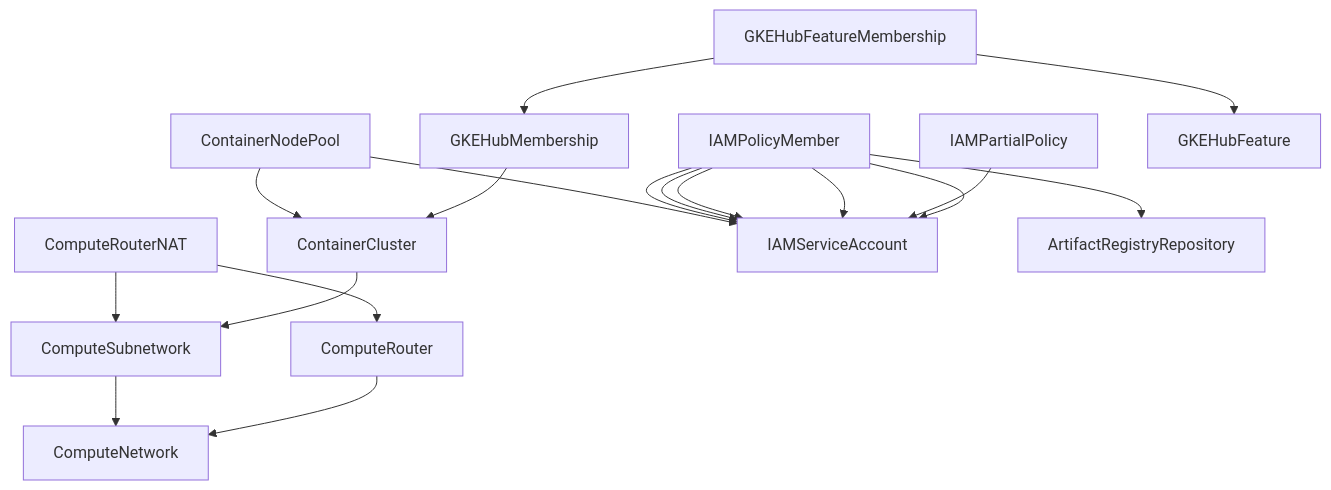
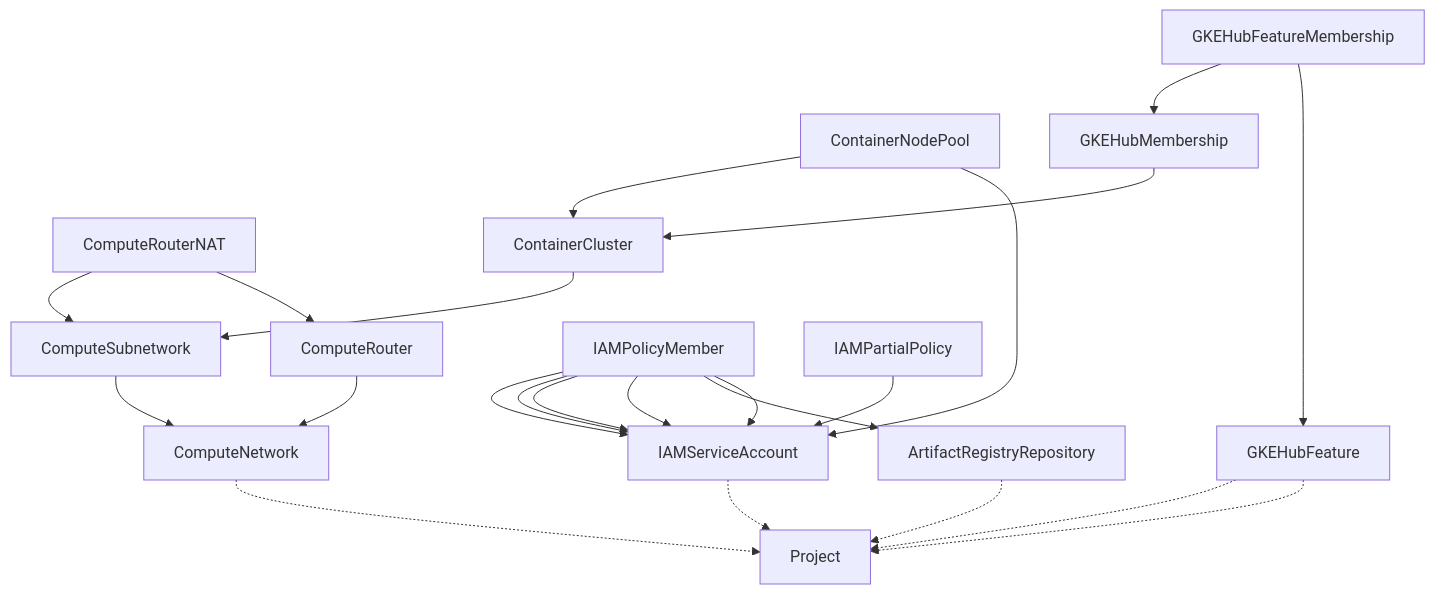
The diagram in content/service-mesh/install-asm.md (mathieu-benoit/acm-workshop), drawn with Mermaid before and after one commit. The commit also changed 6 other files, not shown here.

Commit message:
implicit Project resources in marmaid charts

```diff
--- a/content/service-mesh/install-asm.md
+++ b/content/service-mesh/install-asm.md
@@ -101,20 +101,25 @@
 {{< mermaid >}}
 graph TD;
+  ComputeNetwork-.->Project
+  IAMServiceAccount-.->Project
+  GKEHubFeature-.->Project
+  ArtifactRegistryRepository-.->Project
+  GKEHubFeature-.->Project
   ComputeSubnetwork-->ComputeNetwork
   ComputeRouterNAT-->ComputeSubnetwork
   ComputeRouterNAT-->ComputeRouter
   ComputeRouter-->ComputeNetwork
   ContainerNodePool-->ContainerCluster
   ContainerNodePool-->IAMServiceAccount
   IAMPolicyMember-->IAMServiceAccount
   IAMPolicyMember-->IAMServiceAccount
   IAMPolicyMember-->IAMServiceAccount
   IAMPolicyMember-->IAMServiceAccount
   IAMPartialPolicy-->IAMServiceAccount
   ContainerCluster-->ComputeSubnetwork
   GKEHubFeatureMembership-->GKEHubMembership
   GKEHubFeatureMembership-->GKEHubFeature
   GKEHubMembership-->ContainerCluster
   IAMPolicyMember-->ArtifactRegistryRepository
   IAMPolicyMember-->IAMServiceAccount
 {{< /mermaid >}}
```
